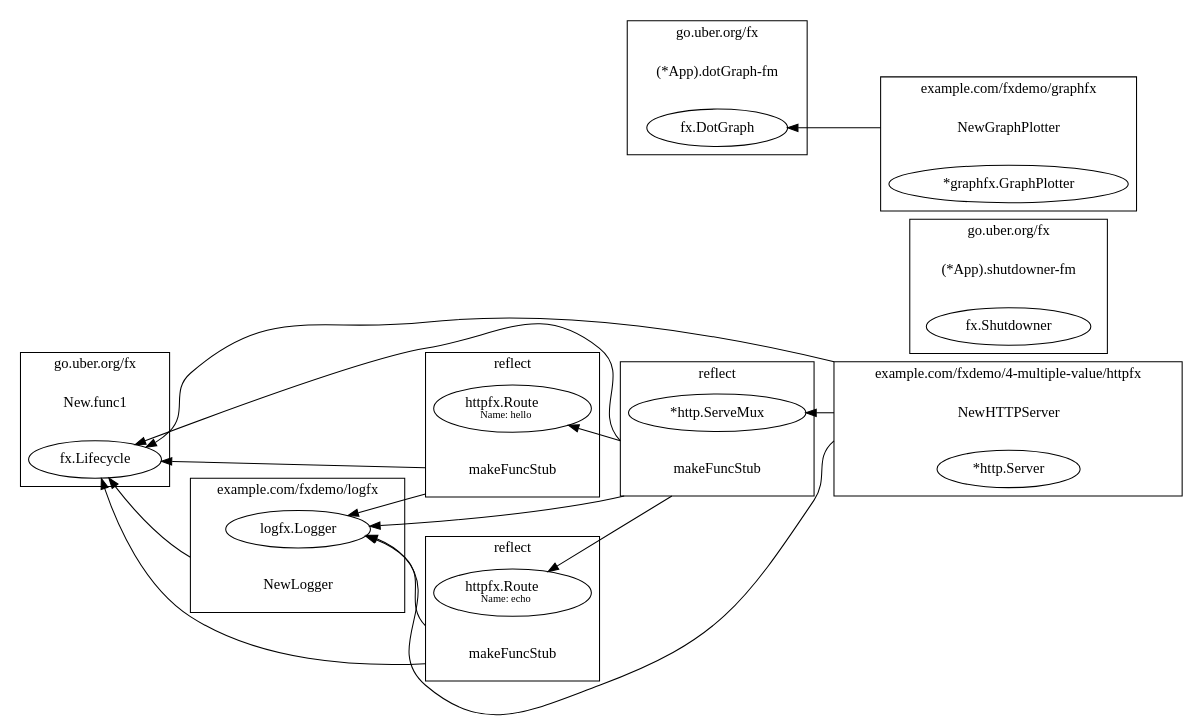
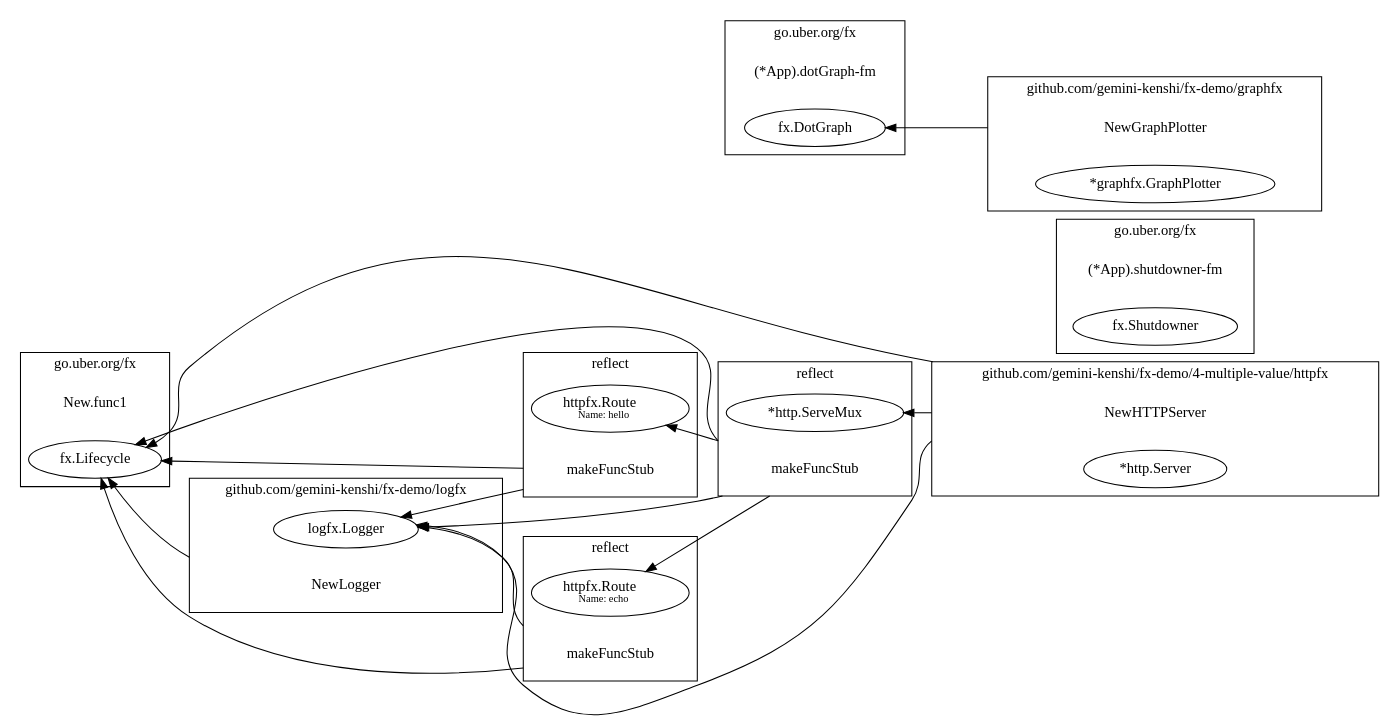
Before and after one commit to gemini-kenshi/fx-demo: the diagram in 4-multiple-value/dotGraph.dot, drawn with Graphviz. The commit also changed 13 other files, not shown here.

```diff
--- a/4-multiple-value/dotGraph.dot
+++ b/4-multiple-value/dotGraph.dot
@@ -1,113 +1,113 @@
 digraph {
 	rankdir=RL;
 	graph [compound=true];
 	
 		subgraph cluster_0 {
 			label = "go.uber.org/fx";
 			constructor_0 [shape=plaintext label="New.func1"];
 			
 			"fx.Lifecycle" [label=<fx.Lifecycle>];
 			
 		}
 		
 		
 		subgraph cluster_1 {
 			label = "go.uber.org/fx";
 			constructor_1 [shape=plaintext label="(*App).shutdowner-fm"];
 			
 			"fx.Shutdowner" [label=<fx.Shutdowner>];
 			
 		}
 		
 		
 		subgraph cluster_2 {
 			label = "go.uber.org/fx";
 			constructor_2 [shape=plaintext label="(*App).dotGraph-fm"];
 			
 			"fx.DotGraph" [label=<fx.DotGraph>];
 			
 		}
 		
 		
 		subgraph cluster_3 {
-			label = "example.com/fxdemo/graphfx";
+			label = "github.com/gemini-kenshi/fx-demo/graphfx";
 			constructor_3 [shape=plaintext label="NewGraphPlotter"];
 			
 			"*graphfx.GraphPlotter" [label=<*graphfx.GraphPlotter>];
 			
 		}
 		
 			constructor_3 -> "fx.DotGraph" [ltail=cluster_3];
 		
 		
 		subgraph cluster_4 {
-			label = "example.com/fxdemo/4-multiple-value/httpfx";
+			label = "github.com/gemini-kenshi/fx-demo/4-multiple-value/httpfx";
 			constructor_4 [shape=plaintext label="NewHTTPServer"];
 			
 			"*http.Server" [label=<*http.Server>];
 			
 		}
 		
 			constructor_4 -> "fx.Lifecycle" [ltail=cluster_4];
 		
 			constructor_4 -> "logfx.Logger" [ltail=cluster_4];
 		
 			constructor_4 -> "*http.ServeMux" [ltail=cluster_4];
 		
 		
 		subgraph cluster_5 {
 			label = "reflect";
 			constructor_5 [shape=plaintext label="makeFuncStub"];
 			
 			"*http.ServeMux" [label=<*http.ServeMux>];
 			
 		}
 		
 			constructor_5 -> "fx.Lifecycle" [ltail=cluster_5];
 		
 			constructor_5 -> "logfx.Logger" [ltail=cluster_5];
 		
 			constructor_5 -> "httpfx.Route[name=hello]" [ltail=cluster_5];
 		
 			constructor_5 -> "httpfx.Route[name=echo]" [ltail=cluster_5];
 		
 		
 		subgraph cluster_6 {
 			label = "reflect";
 			constructor_6 [shape=plaintext label="makeFuncStub"];
 			
 			"httpfx.Route[name=echo]" [label=<httpfx.Route<BR /><FONT POINT-SIZE="10">Name: echo</FONT>>];
 			
 		}
 		
 			constructor_6 -> "fx.Lifecycle" [ltail=cluster_6];
 		
 			constructor_6 -> "logfx.Logger" [ltail=cluster_6];
 		
 		
 		subgraph cluster_7 {
 			label = "reflect";
 			constructor_7 [shape=plaintext label="makeFuncStub"];
 			
 			"httpfx.Route[name=hello]" [label=<httpfx.Route<BR /><FONT POINT-SIZE="10">Name: hello</FONT>>];
 			
 		}
 		
 			constructor_7 -> "fx.Lifecycle" [ltail=cluster_7];
 		
 			constructor_7 -> "logfx.Logger" [ltail=cluster_7];
 		
 		
 		subgraph cluster_8 {
-			label = "example.com/fxdemo/logfx";
+			label = "github.com/gemini-kenshi/fx-demo/logfx";
 			constructor_8 [shape=plaintext label="NewLogger"];
 			
 			"logfx.Logger" [label=<logfx.Logger>];
 			
 		}
 		
 			constructor_8 -> "fx.Lifecycle" [ltail=cluster_8];
 		
 		
 	
 }
```
